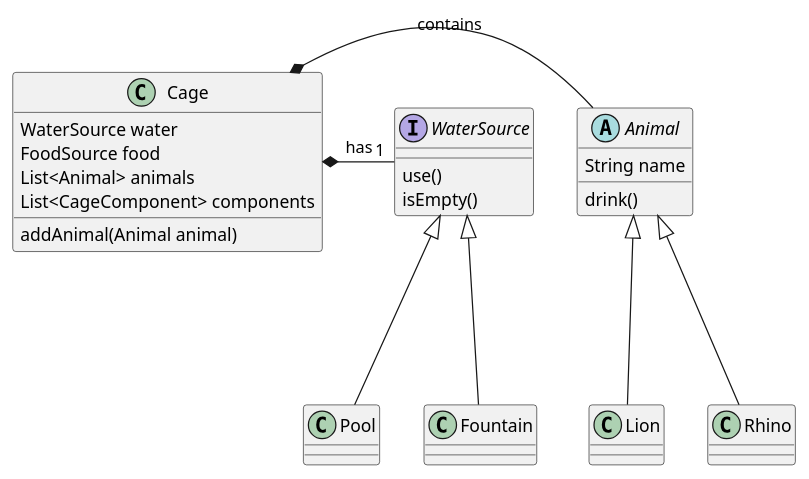
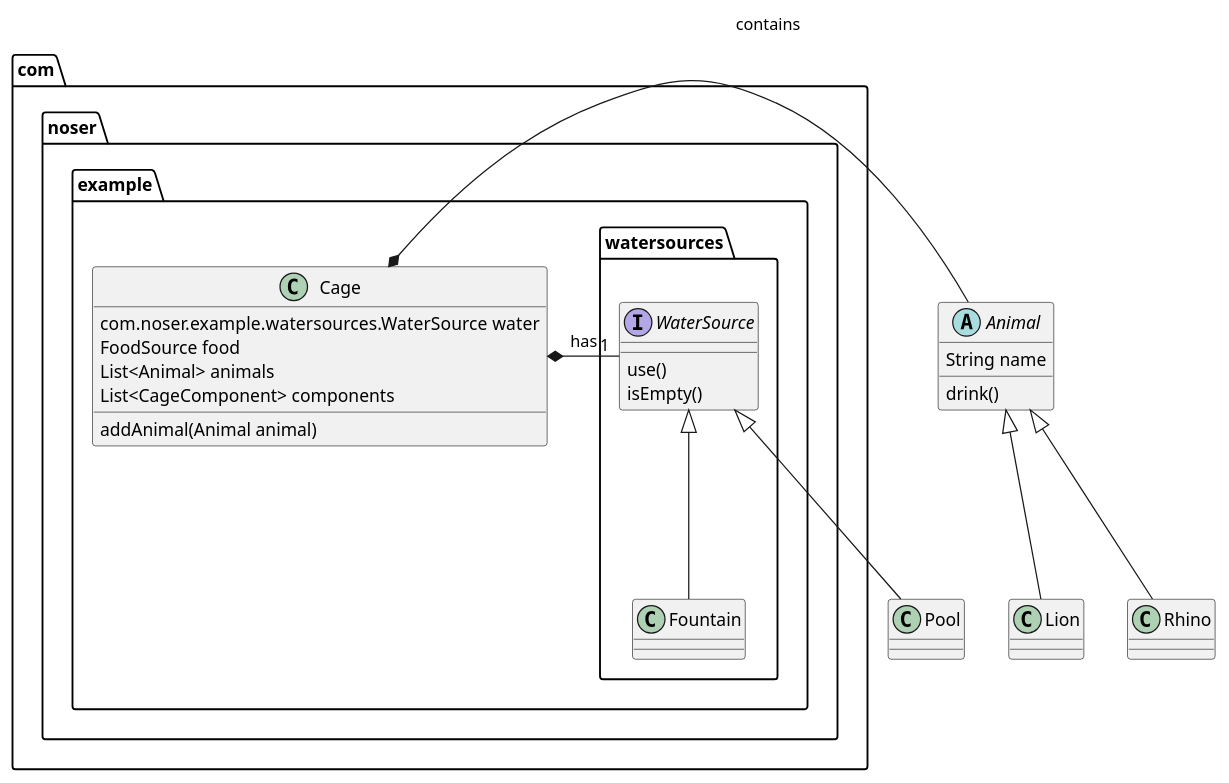
Before and after one commit to unSinn/dagger-zoo: the diagram in docs/class_diagram.puml, drawn with PlantUML. The commit also changed 11 other files, not shown here.

```diff
--- a/docs/class_diagram.puml
+++ b/docs/class_diagram.puml
@@ -1,39 +1,39 @@
 @startuml
 
-interface WaterSource{
+interface com.noser.example.watersources.WaterSource{
    use()
    isEmpty()
 }
 
 class Pool
-class Fountain
+class com.noser.example.watersources.Fountain
 
 abstract class Animal {
    String name
    drink()
 }
 
 class Lion{
 }
 
 class Rhino{
 }
 
-class Cage {
-   WaterSource water
+class com.noser.example.Cage {
+   com.noser.example.watersources.WaterSource water
    FoodSource food
    List<Animal> animals
    List<CageComponent> components
    addAnimal(Animal animal)
 }
 
 
-WaterSource <|--- Pool
-WaterSource <|--- Fountain
+com.noser.example.watersources.WaterSource <|--- Pool
+com.noser.example.watersources.WaterSource <|--- com.noser.example.watersources.Fountain
 Animal <|--- Lion
 Animal <|--- Rhino
 
-Cage *- Animal : contains
-Cage *- "1" WaterSource : has
+com.noser.example.Cage *- Animal : contains
+com.noser.example.Cage *- "1" com.noser.example.watersources.WaterSource : has
 
 @enduml
```
